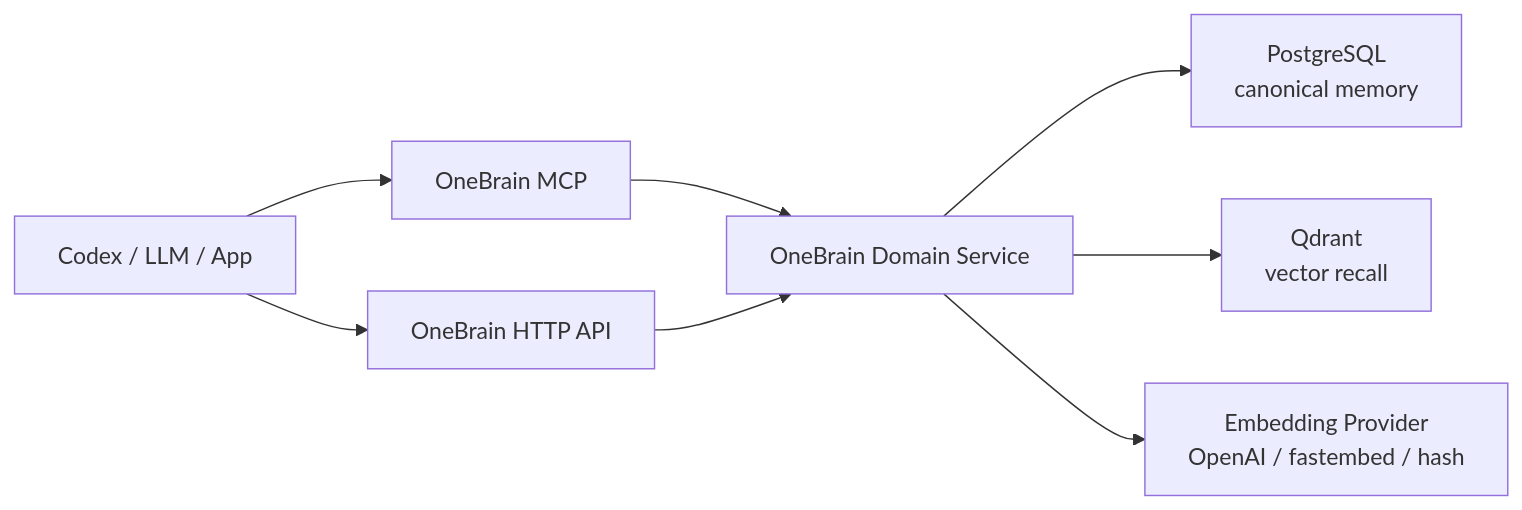
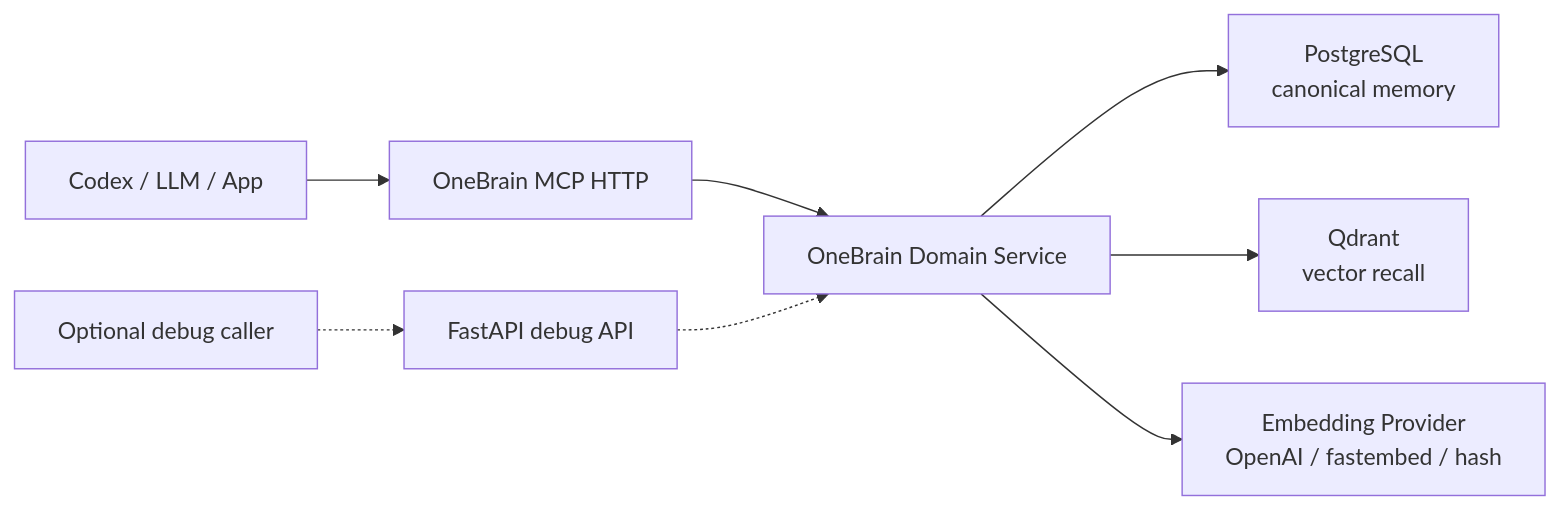
One commit to viamus/one-brain changed the diagram in README.md. Above: the diagram before and after it, drawn with Mermaid. The commit also changed other lines of this file and 21 other files, not shown here.

Commit message:
Add skills and RAG graph baseline

````diff
--- a/README.md
+++ b/README.md
@@ -20,10 +22,10 @@
 ```mermaid
 flowchart LR
-    Client["Codex / LLM / App"] --> MCP["OneBrain MCP"]
-    Client --> API["OneBrain HTTP API"]
+    Client["Codex / LLM / App"] --> MCP["OneBrain MCP HTTP"]
+    Debug["Optional debug caller"] -.-> API["FastAPI debug API"]
     MCP --> Service["OneBrain Domain Service"]
-    API --> Service
+    API -.-> Service
     Service --> Postgres["PostgreSQL<br/>canonical memory"]
     Service --> Qdrant["Qdrant<br/>vector recall"]
     Service --> Embed["Embedding Provider<br/>OpenAI / fastembed / hash"]
 ```
````
